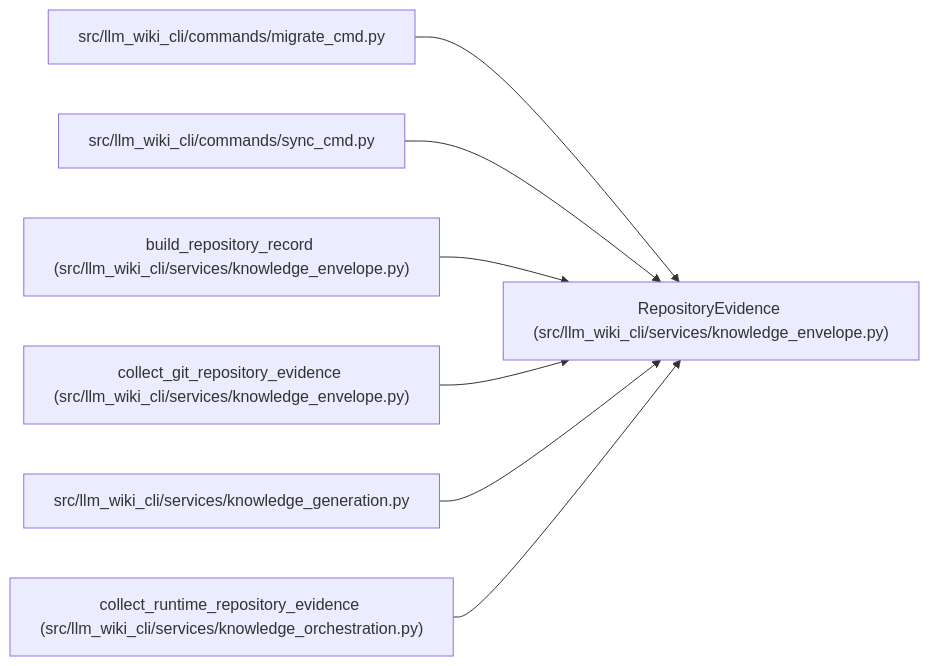
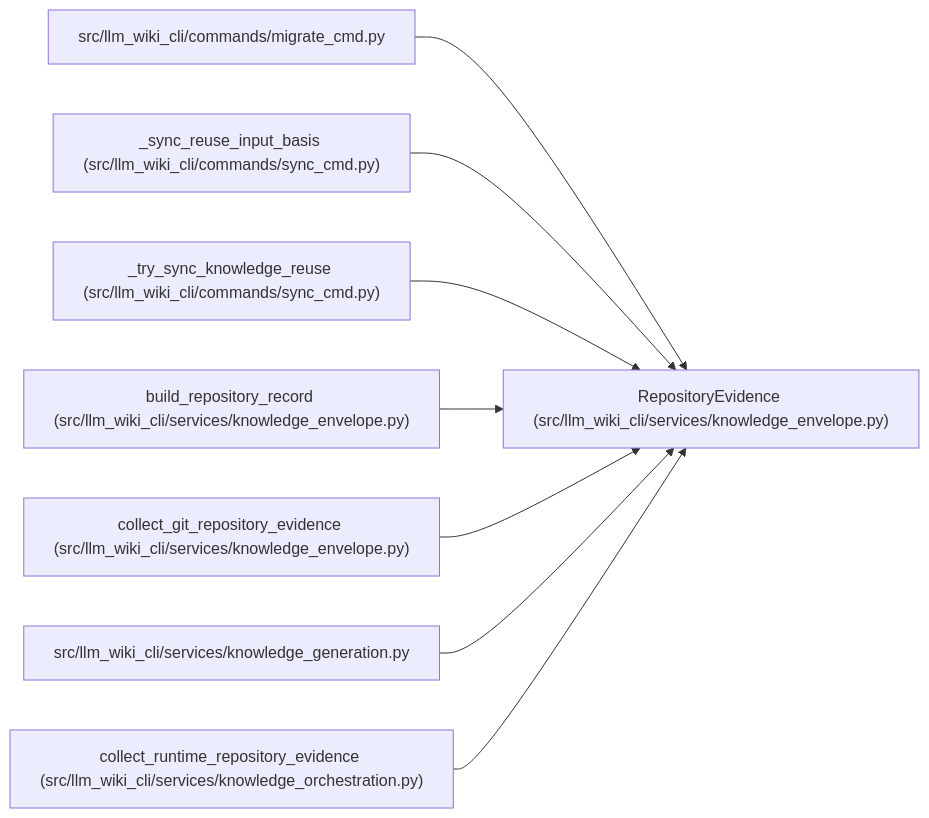
One commit to Denissvgn/python-wiki-llm changed the diagram in docs/llm_wiki/entities/RepositoryEvidence.md. Above: the diagram before and after it, drawn with Mermaid. The commit also changed other lines of this file and 240 other files, not shown here.

Commit message:
docs: refresh wiki for validated runtime updates

````diff
--- a/docs/llm_wiki/entities/RepositoryEvidence.md
+++ b/docs/llm_wiki/entities/RepositoryEvidence.md
@@ -32,23 +32,26 @@
 ```mermaid
 flowchart LR
     n0["RepositoryEvidence (src/llm_wiki_cli/services/knowledge_envelope.py)"]
     n1["src/llm_wiki_cli/commands/migrate_cmd.py"]
-    n2["src/llm_wiki_cli/commands/sync_cmd.py"]
-    n3["build_repository_record (src/llm_wiki_cli/services/knowledge_envelope.py)"]
-    n4["collect_git_repository_evidence (src/llm_wiki_cli/services/knowledge_envelope.py)"]
-    n5["src/llm_wiki_cli/services/knowledge_generation.py"]
-    n6["collect_runtime_repository_evidence (src/llm_wiki_cli/services/knowledge_orchestration.py)"]
+    n2["_sync_reuse_input_basis (src/llm_wiki_cli/commands/sync_cmd.py)"]
+    n3["_try_sync_knowledge_reuse (src/llm_wiki_cli/commands/sync_cmd.py)"]
+    n4["build_repository_record (src/llm_wiki_cli/services/knowledge_envelope.py)"]
+    n5["collect_git_repository_evidence (src/llm_wiki_cli/services/knowledge_envelope.py)"]
+    n6["src/llm_wiki_cli/services/knowledge_generation.py"]
+    n7["collect_runtime_repository_evidence (src/llm_wiki_cli/services/knowledge_orchestration.py)"]
     n1 --> n0
     n2 --> n0
     n3 --> n0
     n4 --> n0
     n5 --> n0
     n6 --> n0
+    n7 --> n0
     click n0 "../modules/knowledge_envelope.md"
     click n1 "../modules/migrate_cmd.md"
     click n2 "../modules/sync_cmd.md"
-    click n3 "../modules/knowledge_envelope.md"
+    click n3 "../modules/sync_cmd.md"
     click n4 "../modules/knowledge_envelope.md"
-    click n5 "../modules/knowledge_generation.md"
-    click n6 "../modules/knowledge_orchestration.md"
+    click n5 "../modules/knowledge_envelope.md"
+    click n6 "../modules/knowledge_generation.md"
+    click n7 "../modules/knowledge_orchestration.md"
 ```
````
